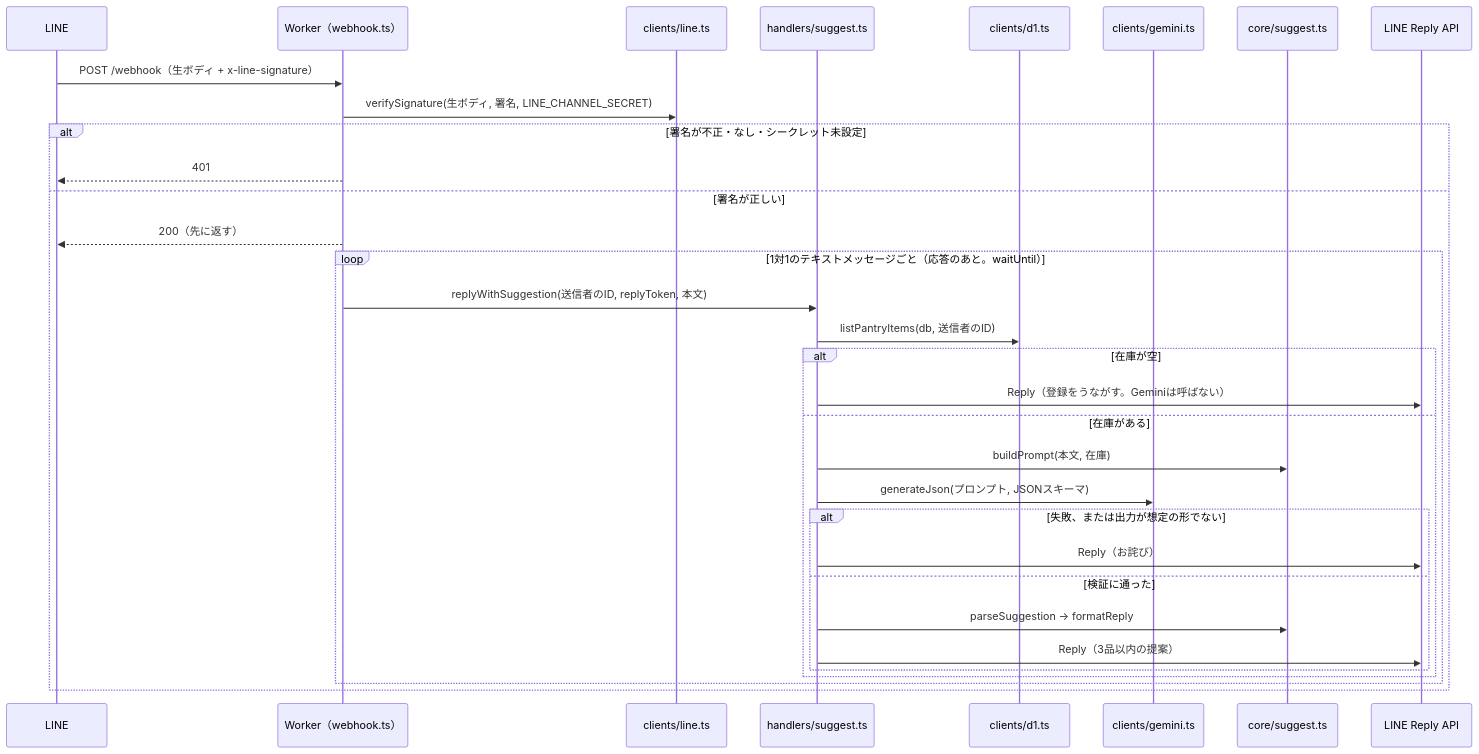
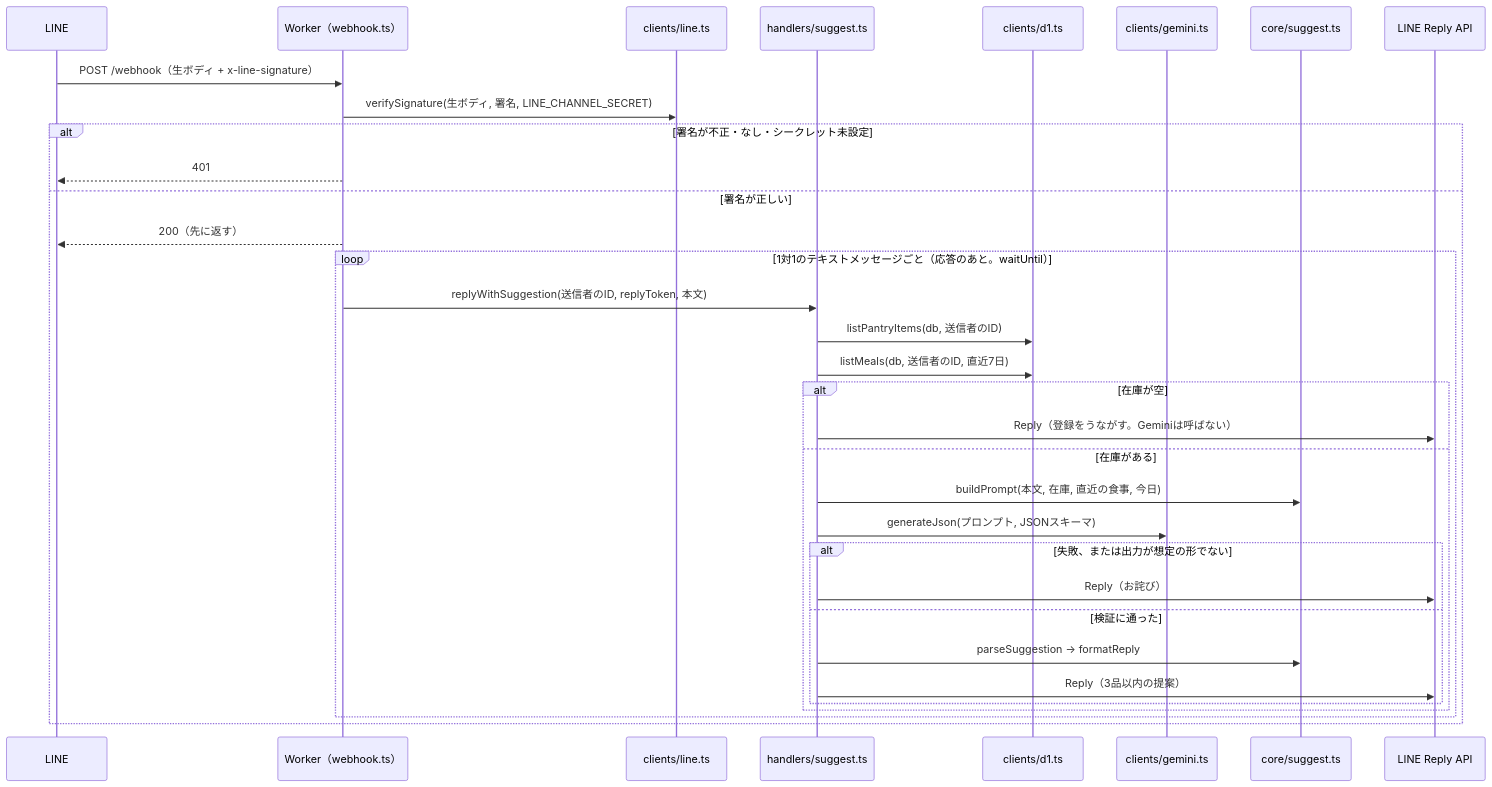
Before and after one commit to chelfansea-engineer/kondate-bot: the third of 6 diagrams in docs/design.md, drawn with Mermaid. The commit also changed other lines of this file and 3 other files, not shown here.

````diff
--- a/docs/design.md
+++ b/docs/design.md
@@ -100,35 +112,36 @@
 ```mermaid
 sequenceDiagram
   participant L as LINE
   participant W as Worker（webhook.ts）
   participant C as clients/line.ts
   participant S as handlers/suggest.ts
   participant D as clients/d1.ts
   participant G as clients/gemini.ts
   participant K as core/suggest.ts
   participant R as LINE Reply API
 
   L->>W: POST /webhook（生ボディ + x-line-signature）
   W->>C: verifySignature(生ボディ, 署名, LINE_CHANNEL_SECRET)
   alt 署名が不正・なし・シークレット未設定
     W-->>L: 401
   else 署名が正しい
     W-->>L: 200（先に返す）
     loop 1対1のテキストメッセージごと（応答のあと。waitUntil）
       W->>S: replyWithSuggestion(送信者のID, replyToken, 本文)
       S->>D: listPantryItems(db, 送信者のID)
+      S->>D: listMeals(db, 送信者のID, 直近7日)
       alt 在庫が空
         S->>R: Reply（登録をうながす。Geminiは呼ばない）
       else 在庫がある
-        S->>K: buildPrompt(本文, 在庫)
+        S->>K: buildPrompt(本文, 在庫, 直近の食事, 今日)
         S->>G: generateJson(プロンプト, JSONスキーマ)
         alt 失敗、または出力が想定の形でない
           S->>R: Reply（お詫び）
         else 検証に通った
           S->>K: parseSuggestion → formatReply
           S->>R: Reply（3品以内の提案）
         end
       end
     end
   end
 ```
````
